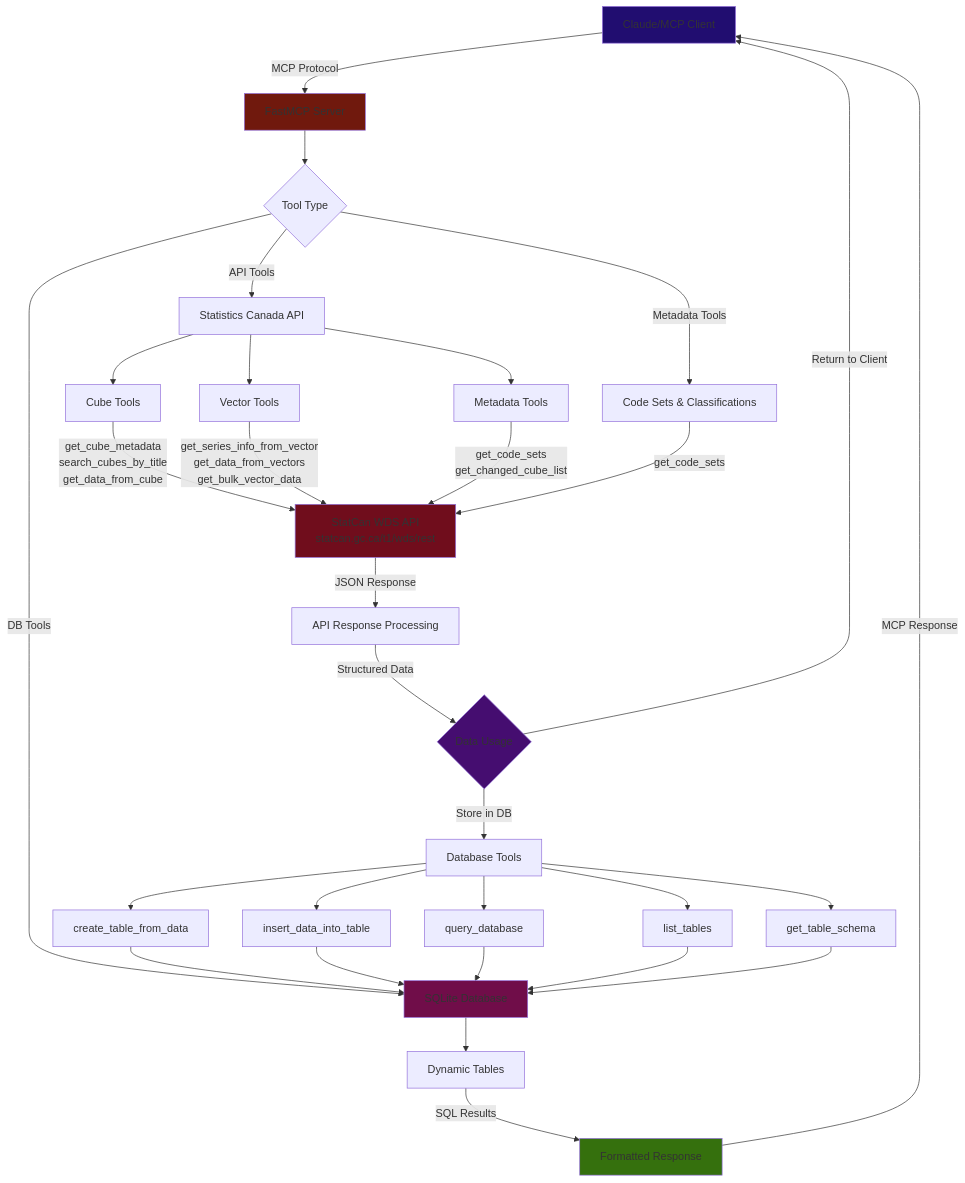
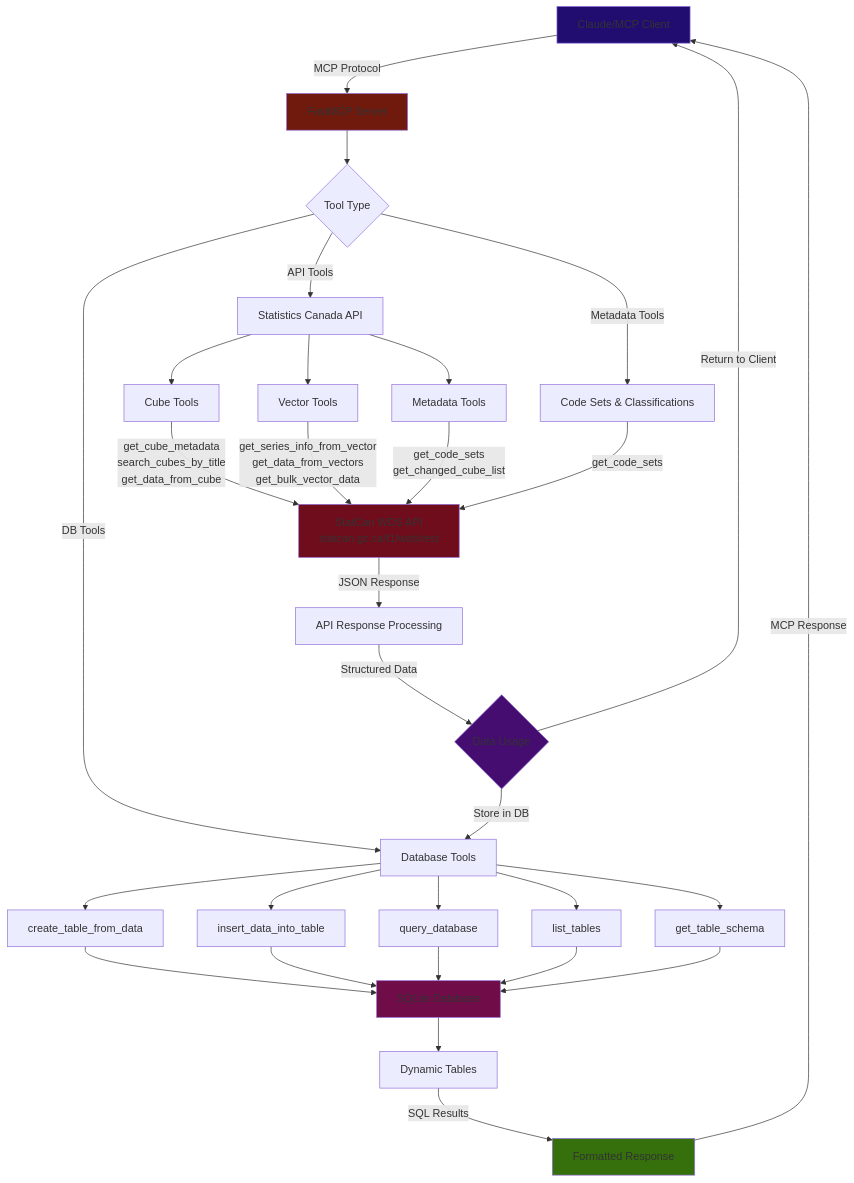
The diagram in IMPLEMENTATIONS.md (Aryan-Jhaveri/mcp-statcan), drawn with Mermaid before and after one commit.

Commit message:
Updated mermaid chart IMPLEMENTATIONS.md

````diff
--- a/IMPLEMENTATIONS.md
+++ b/IMPLEMENTATIONS.md
@@ -19,48 +19,50 @@
 ```mermaid
 flowchart TD
     A[Claude/MCP Client] -->|MCP Protocol| B[FastMCP Server]
     
     B --> C{Tool Type}
     C -->|API Tools| D[Statistics Canada API]
-    C -->|DB Tools| E[SQLite Database]
+    C -->|DB Tools| M[Database Tools]
     C -->|Metadata Tools| F[Code Sets & Classifications]
     
     D --> G[Cube Tools]
     D --> H[Vector Tools]
     D --> I[Metadata Tools]
+
+    E[SQLite Database]
     
     G -->|get_cube_metadata<br/>search_cubes_by_title<br/>get_data_from_cube| J[StatCan WDS API<br/>statcan.gc.ca/t1/wds/rest]
     H -->|get_series_info_from_vector<br/>get_data_from_vectors<br/>get_bulk_vector_data| J
     I -->|get_code_sets<br/>get_changed_cube_list| J
     
     J -->|JSON Response| K[API Response Processing]
     K -->|Structured Data| L{Data Usage}
     L -->|Return to Client| A
     L -->|Store in DB| M[Database Tools]
     
     M --> N[create_table_from_data]
     M --> O[insert_data_into_table] 
     M --> P[query_database]
     M --> Q[list_tables]
     M --> R[get_table_schema]
     
     N --> E
     O --> E
     P --> E
     Q --> E
     R --> E
     
     E --> S[Dynamic Tables]
     
     S -->|SQL Results| T[Formatted Response]
     T -->|MCP Response| A
     
     F -->|get_code_sets| J
     
     style A fill:#210d70
     style B fill:#70190d
     style E fill:#700d49
     style L fill:#450d70
     style T fill:#35700d
     style J fill:#700d1c
 ```
````
